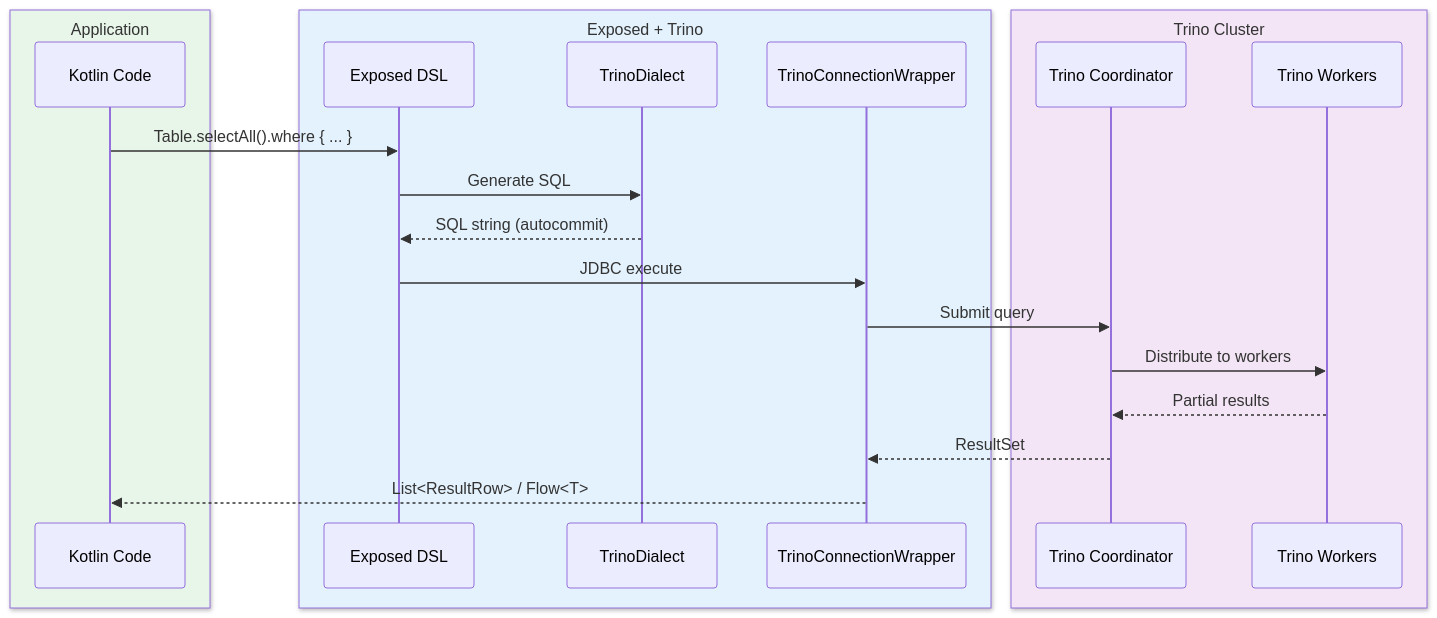
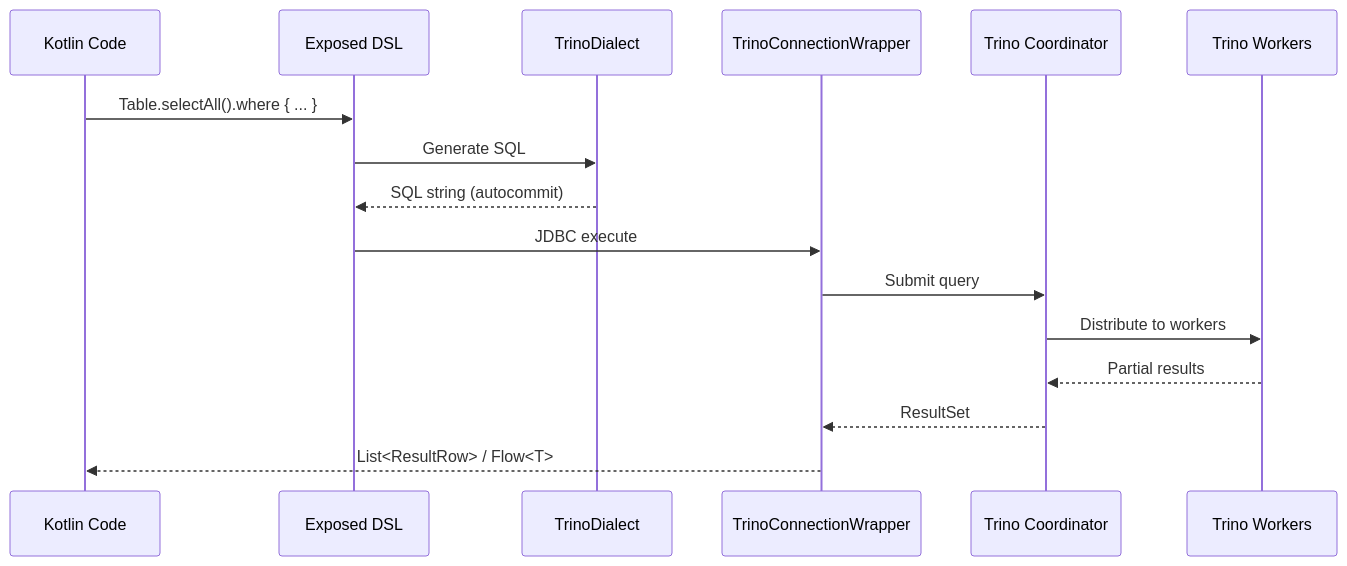
The second of 2 diagrams in data/exposed-trino/README.md (bluetape4k/bluetape4k-projects), drawn with Mermaid before and after one commit. The commit also changed other lines of this file and 219 other files, not shown here.

First line of the commit message:
docs: 전체 README Mermaid 다이어그램 가이드 적용

````diff
--- a/data/exposed-trino/README.md
+++ b/data/exposed-trino/README.md
@@ -216,25 +216,19 @@
 ```mermaid
 sequenceDiagram
-    box rgb(232,245,233) Application
         participant App as Kotlin Code
-    end
-    box rgb(227,242,253) Exposed + Trino
         participant DSL as Exposed DSL
         participant TD as TrinoDialect
         participant TC as TrinoConnectionWrapper
-    end
-    box rgb(243,229,245) Trino Cluster
         participant COORD as Trino Coordinator
         participant WORKER as Trino Workers
-    end
 
     App->>DSL: Table.selectAll().where { ... }
     DSL->>TD: Generate SQL
     TD-->>DSL: SQL string (autocommit)
     DSL->>TC: JDBC execute
     TC->>COORD: Submit query
     COORD->>WORKER: Distribute to workers
     WORKER-->>COORD: Partial results
     COORD-->>TC: ResultSet
     TC-->>App: List<ResultRow> / Flow<T>
 ```
````
